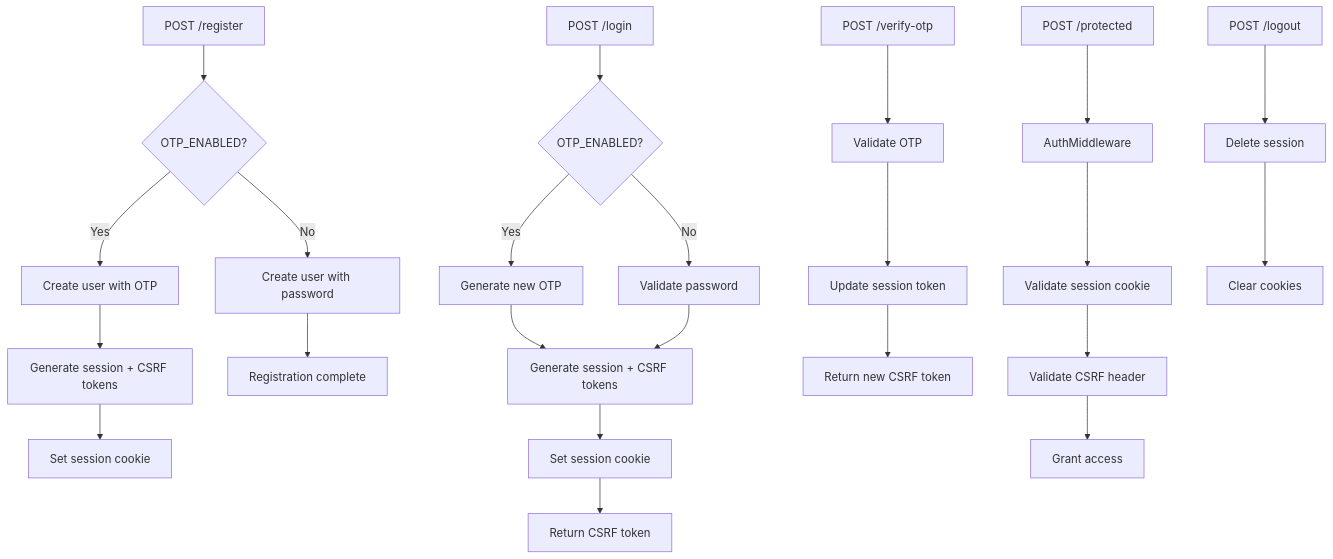
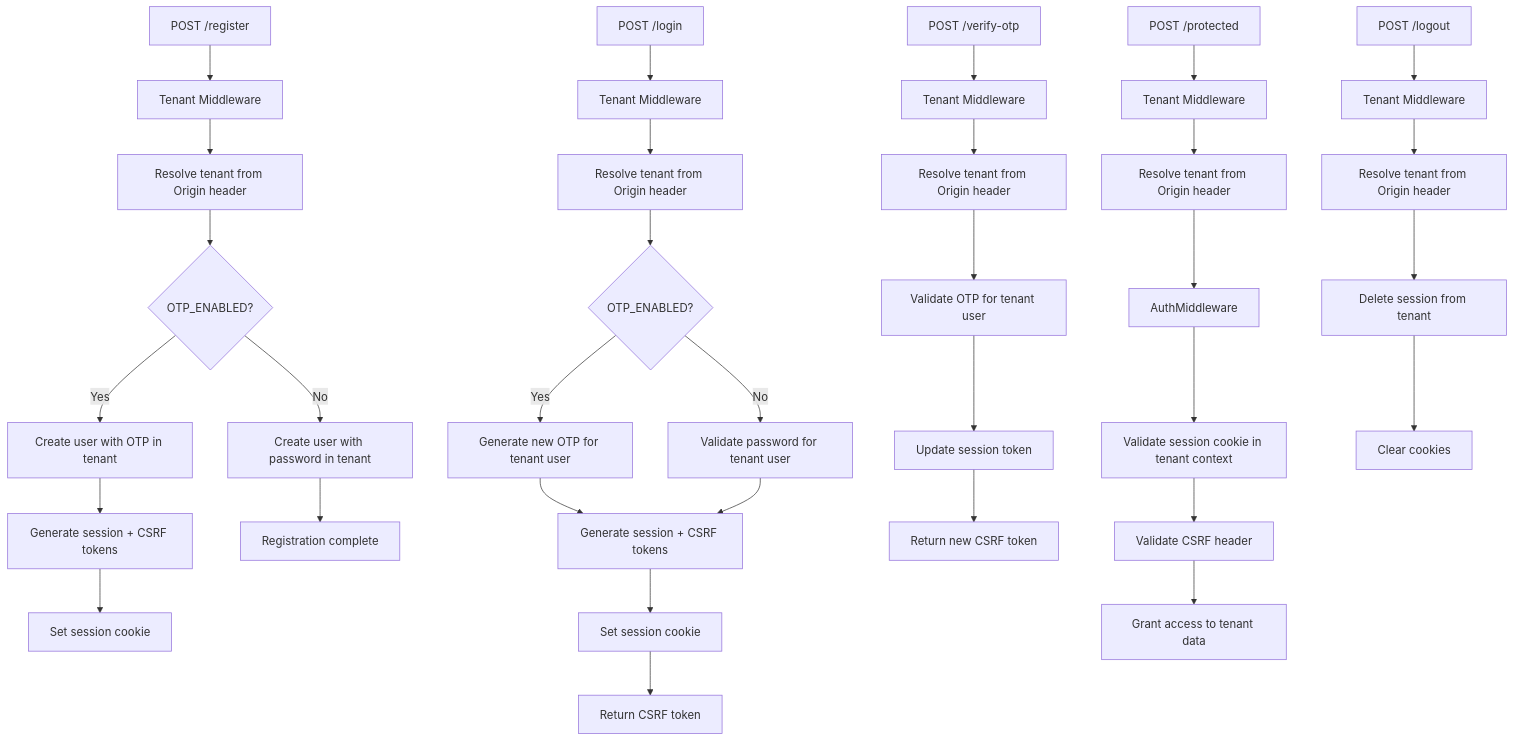
Before and after one commit to ncg200101-lab/camp-backend: the diagram in docs/auth_workflow.md, drawn with Mermaid. The commit also changed other lines of this file and 1 other file, not shown here.

Commit message:
Update README.md and auth workflow for multi-tenant

````diff
--- a/docs/auth_workflow.md
+++ b/docs/auth_workflow.md
@@ -13,29 +19,39 @@
 ```mermaid
 flowchart TD
-    A[POST /register] --> B{OTP_ENABLED?}
-    B -->|Yes| C[Create user with OTP]
-    B -->|No| D[Create user with password]
+    A[POST /register] --> A1[Tenant Middleware]
+    A1 --> A2[Resolve tenant from Origin header]
+    A2 --> B{OTP_ENABLED?}
+    B -->|Yes| C[Create user with OTP in tenant]
+    B -->|No| D[Create user with password in tenant]
     C --> E[Generate session + CSRF tokens]
     D --> F[Registration complete]
     E --> G[Set session cookie]
 
-    H[POST /login] --> I{OTP_ENABLED?}
-    I -->|Yes| J[Generate new OTP]
-    I -->|No| K[Validate password]
+    H[POST /login] --> H1[Tenant Middleware]
+    H1 --> H2[Resolve tenant from Origin header]
+    H2 --> I{OTP_ENABLED?}
+    I -->|Yes| J[Generate new OTP for tenant user]
+    I -->|No| K[Validate password for tenant user]
     J --> L[Generate session + CSRF tokens]
     K --> L
     L --> M[Set session cookie]
     M --> N[Return CSRF token]
 
-    O[POST /verify-otp] --> P[Validate OTP]
+    O[POST /verify-otp] --> O1[Tenant Middleware]
+    O1 --> O2[Resolve tenant from Origin header]
+    O2 --> P[Validate OTP for tenant user]
     P --> Q[Update session token]
     Q --> R[Return new CSRF token]
 
-    S[POST /protected] --> T[AuthMiddleware]
-    T --> U[Validate session cookie]
+    S[POST /protected] --> S1[Tenant Middleware]
+    S1 --> S2[Resolve tenant from Origin header]
+    S2 --> T[AuthMiddleware]
+    T --> U[Validate session cookie in tenant context]
     U --> V[Validate CSRF header]
-    V --> W[Grant access]
+    V --> W[Grant access to tenant data]
 
-    X[POST /logout] --> Y[Delete session]
+    X[POST /logout] --> X1[Tenant Middleware]
+    X1 --> X2[Resolve tenant from Origin header]
+    X2 --> Y[Delete session from tenant]
     Y --> Z[Clear cookies]
 ```
````
